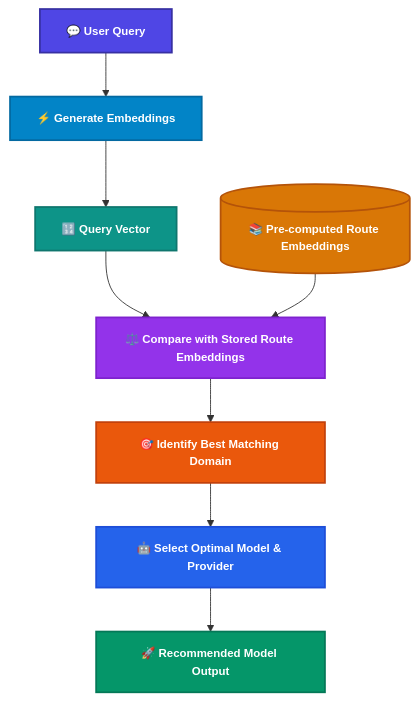
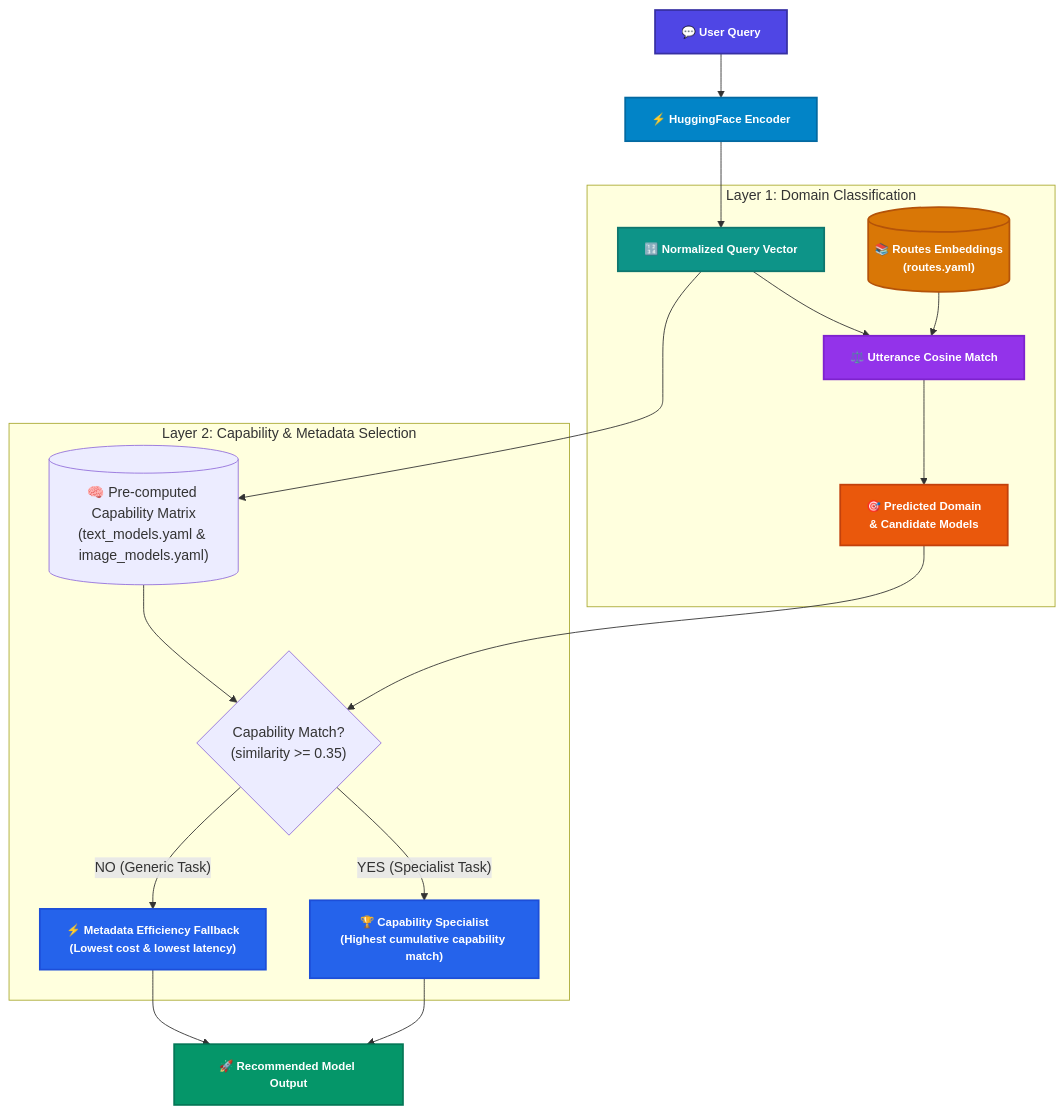
The diagram in README.md (dineshlalam15/semantic-router), drawn with Mermaid before and after one commit. The commit also changed other lines of this file and 6 other files, not shown here.

````diff
--- a/README.md
+++ b/README.md
@@ -12,19 +14,31 @@
 ```mermaid
 flowchart TD
-    A["💬 User Query"]:::query --> B["⚡ Generate Embeddings"]:::embed
-    B --> C["🔢 Query Vector"]:::vector
-    C --> D["⚖️ Compare with Stored Route Embeddings"]:::compare
-    E[("📚 Pre-computed Route Embeddings")]:::stored --> D
-    D --> F["🎯 Identify Best Matching Domain"]:::domain
-    F --> G["🤖 Select Optimal Model & Provider"]:::model
-    G --> H["🚀 Recommended Model Output"]:::output
-
+    A["💬 User Query"]:::query --> B["⚡ HuggingFace Encoder"]:::embed
+    B --> C["🔢 Normalized Query Vector"]:::vector
+    
+    subgraph Layer1["Layer 1: Domain Classification"]
+        C --> D["⚖️ Utterance Cosine Match"]:::compare
+        E[("📚 Routes Embeddings<br>(routes.yaml)")]:::stored --> D
+        D --> F["🎯 Predicted Domain<br>& Candidate Models"]:::domain
+    end
+    
+    subgraph Layer2["Layer 2: Capability & Metadata Selection"]
+        F --> G{"Capability Match?<br>(similarity >= 0.35)"}
+        C --> H[("🧠 Pre-computed Capability Matrix<br>(text_models.yaml & image_models.yaml)")]
+        H --> G
+        G -- "YES (Specialist Task)" --> I["🏆 Capability Specialist<br>(Highest cumulative capability match)"]:::model
+        G -- "NO (Generic Task)" --> J["⚡ Metadata Efficiency Fallback<br>(Lowest cost & lowest latency)"]:::model
+    end
+    
+    I --> K["🚀 Recommended Model Output"]:::output
+    J --> K
+    
     classDef query fill:#4F46E5,stroke:#3730A3,stroke-width:2px,color:#FFFFFF,font-size:13px,font-weight:bold
     classDef embed fill:#0284C7,stroke:#0369A1,stroke-width:2px,color:#FFFFFF,font-size:13px,font-weight:bold
     classDef vector fill:#0D9488,stroke:#0F766E,stroke-width:2px,color:#FFFFFF,font-size:13px,font-weight:bold
     classDef stored fill:#D97706,stroke:#B45309,stroke-width:2px,color:#FFFFFF,font-size:13px,font-weight:bold
     classDef compare fill:#9333EA,stroke:#7E22CE,stroke-width:2px,color:#FFFFFF,font-size:13px,font-weight:bold
     classDef domain fill:#EA580C,stroke:#C2410C,stroke-width:2px,color:#FFFFFF,font-size:13px,font-weight:bold
     classDef model fill:#2563EB,stroke:#1D4ED8,stroke-width:2px,color:#FFFFFF,font-size:13px,font-weight:bold
     classDef output fill:#059669,stroke:#047857,stroke-width:2px,color:#FFFFFF,font-size:13px,font-weight:bold
 ```
````
